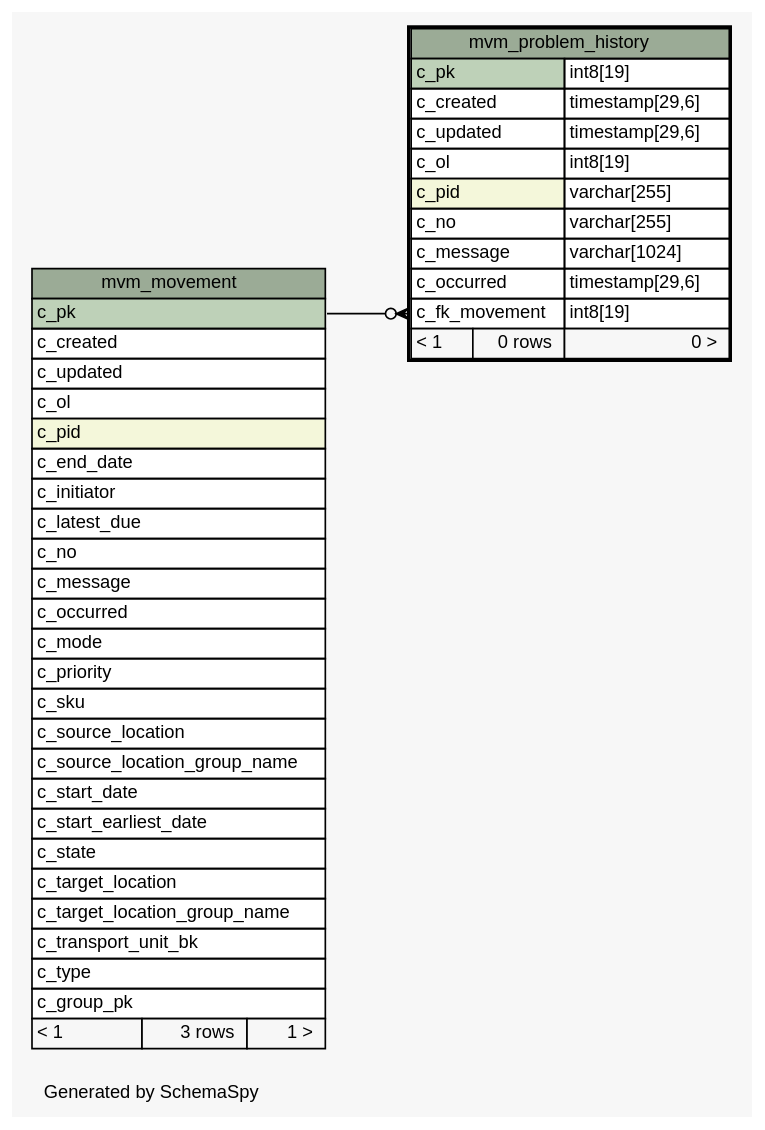
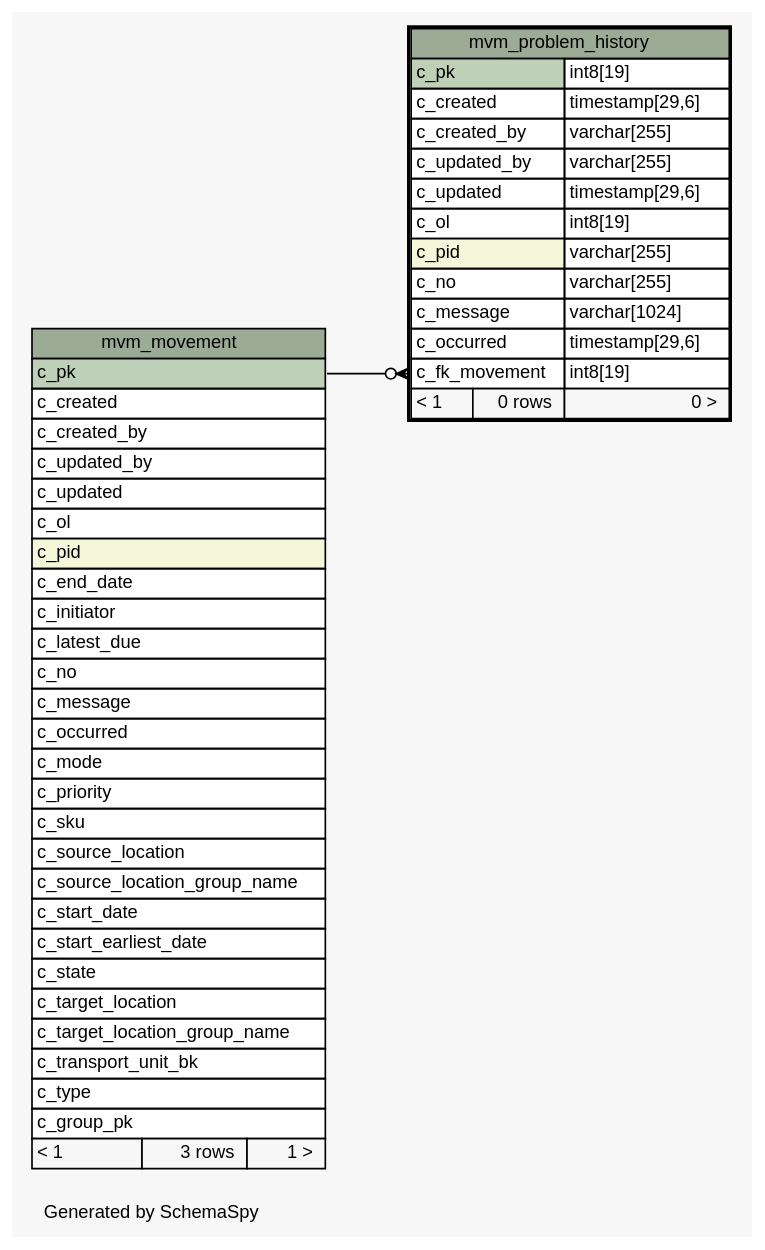
One commit to openwms/org.openwms.wms.movements.lib changed the diagram in 1.0.0-SNAPSHOT/schemaspy/diagrams/mvm_problem_history.1degree.dot. Above: the diagram before and after it, drawn with Graphviz. The commit also changed 258 other files, not shown here.

```diff
--- a/1.0.0-SNAPSHOT/schemaspy/diagrams/mvm_problem_history.1degree.dot
+++ b/1.0.0-SNAPSHOT/schemaspy/diagrams/mvm_problem_history.1degree.dot
@@ -1,74 +1,78 @@
-// dot 2.43.0 on Linux 5.13.0-1022-azure
+// dot 2.43.0 on Linux 5.15.0-1017-azure
 // SchemaSpy rev Unknown
 digraph "oneDegreeRelationshipsDiagram" {
   graph [
     rankdir="RL"
     bgcolor="#f7f7f7"
     label="\nGenerated by SchemaSpy"
     labeljust="l"
     nodesep="0.18"
     ranksep="0.46"
     fontname="Helvetica"
     fontsize="11"
   ];
   node [
     fontname="Helvetica"
     fontsize="11"
     shape="plaintext"
   ];
   edge [
     arrowsize="0.8"
   ];
   "mvm_problem_history":"c_fk_movement":w -> "mvm_movement":"c_pk":e [arrowhead=none dir=back arrowtail=crowodot];
   "mvm_movement" [
     label=<
     <TABLE BORDER="0" CELLBORDER="1" CELLSPACING="0" BGCOLOR="#ffffff">
       <TR><TD COLSPAN="3" BGCOLOR="#9bab96" ALIGN="CENTER">mvm_movement</TD></TR>
       <TR><TD PORT="c_pk" COLSPAN="3" BGCOLOR="#bed1b8" ALIGN="LEFT">c_pk</TD></TR>
       <TR><TD PORT="c_created" COLSPAN="3" ALIGN="LEFT">c_created</TD></TR>
+      <TR><TD PORT="c_created_by" COLSPAN="3" ALIGN="LEFT">c_created_by</TD></TR>
+      <TR><TD PORT="c_updated_by" COLSPAN="3" ALIGN="LEFT">c_updated_by</TD></TR>
       <TR><TD PORT="c_updated" COLSPAN="3" ALIGN="LEFT">c_updated</TD></TR>
       <TR><TD PORT="c_ol" COLSPAN="3" ALIGN="LEFT">c_ol</TD></TR>
       <TR><TD PORT="c_pid" COLSPAN="3" BGCOLOR="#f4f7da" ALIGN="LEFT">c_pid</TD></TR>
       <TR><TD PORT="c_end_date" COLSPAN="3" ALIGN="LEFT">c_end_date</TD></TR>
       <TR><TD PORT="c_initiator" COLSPAN="3" ALIGN="LEFT">c_initiator</TD></TR>
       <TR><TD PORT="c_latest_due" COLSPAN="3" ALIGN="LEFT">c_latest_due</TD></TR>
       <TR><TD PORT="c_no" COLSPAN="3" ALIGN="LEFT">c_no</TD></TR>
       <TR><TD PORT="c_message" COLSPAN="3" ALIGN="LEFT">c_message</TD></TR>
       <TR><TD PORT="c_occurred" COLSPAN="3" ALIGN="LEFT">c_occurred</TD></TR>
       <TR><TD PORT="c_mode" COLSPAN="3" ALIGN="LEFT">c_mode</TD></TR>
       <TR><TD PORT="c_priority" COLSPAN="3" ALIGN="LEFT">c_priority</TD></TR>
       <TR><TD PORT="c_sku" COLSPAN="3" ALIGN="LEFT">c_sku</TD></TR>
       <TR><TD PORT="c_source_location" COLSPAN="3" ALIGN="LEFT">c_source_location</TD></TR>
       <TR><TD PORT="c_source_location_group_name" COLSPAN="3" ALIGN="LEFT">c_source_location_group_name</TD></TR>
       <TR><TD PORT="c_start_date" COLSPAN="3" ALIGN="LEFT">c_start_date</TD></TR>
       <TR><TD PORT="c_start_earliest_date" COLSPAN="3" ALIGN="LEFT">c_start_earliest_date</TD></TR>
       <TR><TD PORT="c_state" COLSPAN="3" ALIGN="LEFT">c_state</TD></TR>
       <TR><TD PORT="c_target_location" COLSPAN="3" ALIGN="LEFT">c_target_location</TD></TR>
       <TR><TD PORT="c_target_location_group_name" COLSPAN="3" ALIGN="LEFT">c_target_location_group_name</TD></TR>
       <TR><TD PORT="c_transport_unit_bk" COLSPAN="3" ALIGN="LEFT">c_transport_unit_bk</TD></TR>
       <TR><TD PORT="c_type" COLSPAN="3" ALIGN="LEFT">c_type</TD></TR>
       <TR><TD PORT="c_group_pk" COLSPAN="3" ALIGN="LEFT">c_group_pk</TD></TR>
       <TR><TD ALIGN="LEFT" BGCOLOR="#f7f7f7">&lt; 1</TD><TD ALIGN="RIGHT" BGCOLOR="#f7f7f7">3 rows</TD><TD ALIGN="RIGHT" BGCOLOR="#f7f7f7">1 &gt;</TD></TR>
     </TABLE>>
     URL="mvm_movement.html"
     tooltip="mvm_movement"
   ];
   "mvm_problem_history" [
     label=<
     <TABLE BORDER="2" CELLBORDER="1" CELLSPACING="0" BGCOLOR="#ffffff">
       <TR><TD COLSPAN="3" BGCOLOR="#9bab96" ALIGN="CENTER">mvm_problem_history</TD></TR>
       <TR><TD PORT="c_pk" COLSPAN="2" BGCOLOR="#bed1b8" ALIGN="LEFT">c_pk</TD><TD PORT="c_pk.type" ALIGN="LEFT">int8[19]</TD></TR>
       <TR><TD PORT="c_created" COLSPAN="2" ALIGN="LEFT">c_created</TD><TD PORT="c_created.type" ALIGN="LEFT">timestamp[29,6]</TD></TR>
+      <TR><TD PORT="c_created_by" COLSPAN="2" ALIGN="LEFT">c_created_by</TD><TD PORT="c_created_by.type" ALIGN="LEFT">varchar[255]</TD></TR>
+      <TR><TD PORT="c_updated_by" COLSPAN="2" ALIGN="LEFT">c_updated_by</TD><TD PORT="c_updated_by.type" ALIGN="LEFT">varchar[255]</TD></TR>
       <TR><TD PORT="c_updated" COLSPAN="2" ALIGN="LEFT">c_updated</TD><TD PORT="c_updated.type" ALIGN="LEFT">timestamp[29,6]</TD></TR>
       <TR><TD PORT="c_ol" COLSPAN="2" ALIGN="LEFT">c_ol</TD><TD PORT="c_ol.type" ALIGN="LEFT">int8[19]</TD></TR>
       <TR><TD PORT="c_pid" COLSPAN="2" BGCOLOR="#f4f7da" ALIGN="LEFT">c_pid</TD><TD PORT="c_pid.type" ALIGN="LEFT">varchar[255]</TD></TR>
       <TR><TD PORT="c_no" COLSPAN="2" ALIGN="LEFT">c_no</TD><TD PORT="c_no.type" ALIGN="LEFT">varchar[255]</TD></TR>
       <TR><TD PORT="c_message" COLSPAN="2" ALIGN="LEFT">c_message</TD><TD PORT="c_message.type" ALIGN="LEFT">varchar[1024]</TD></TR>
       <TR><TD PORT="c_occurred" COLSPAN="2" ALIGN="LEFT">c_occurred</TD><TD PORT="c_occurred.type" ALIGN="LEFT">timestamp[29,6]</TD></TR>
       <TR><TD PORT="c_fk_movement" COLSPAN="2" ALIGN="LEFT">c_fk_movement</TD><TD PORT="c_fk_movement.type" ALIGN="LEFT">int8[19]</TD></TR>
       <TR><TD ALIGN="LEFT" BGCOLOR="#f7f7f7">&lt; 1</TD><TD ALIGN="RIGHT" BGCOLOR="#f7f7f7">0 rows</TD><TD ALIGN="RIGHT" BGCOLOR="#f7f7f7">0 &gt;</TD></TR>
     </TABLE>>
     URL="mvm_problem_history.html"
     tooltip="mvm_problem_history"
   ];
 }
```
